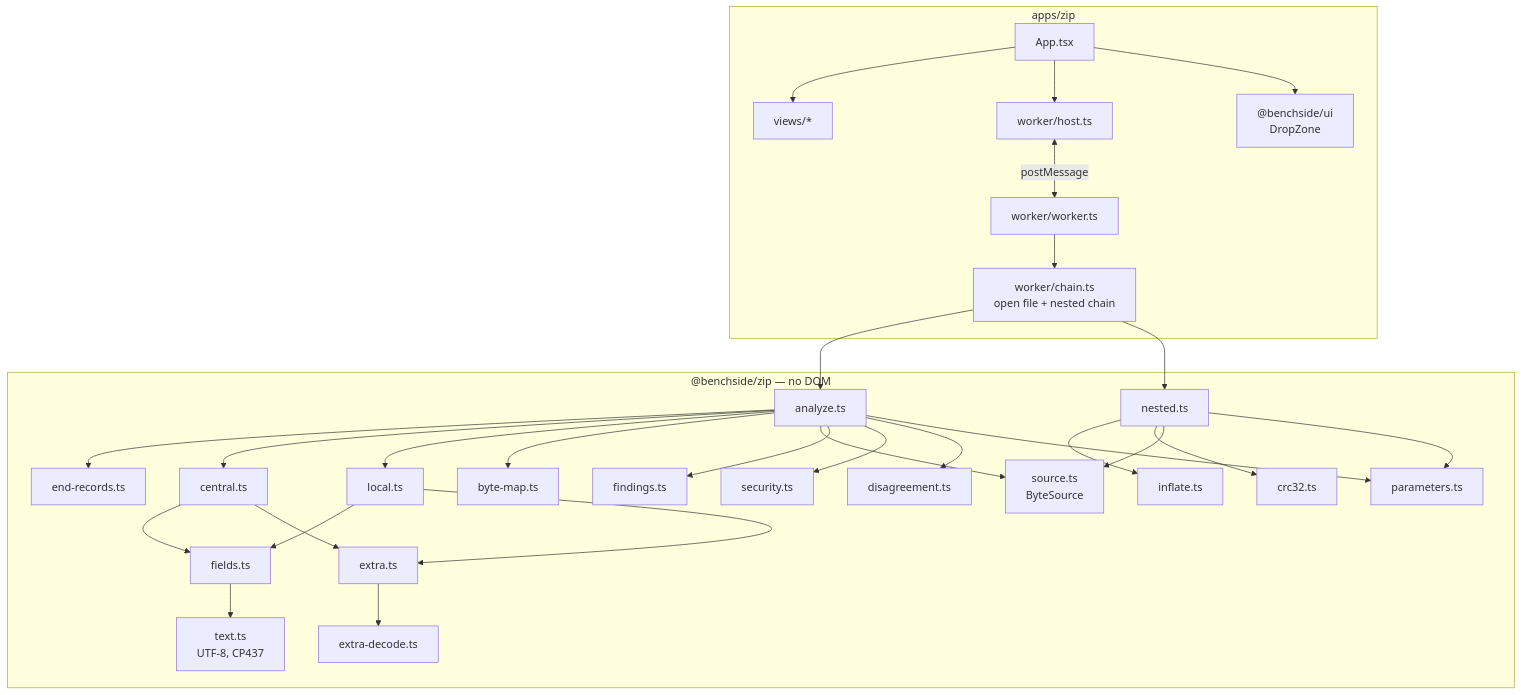
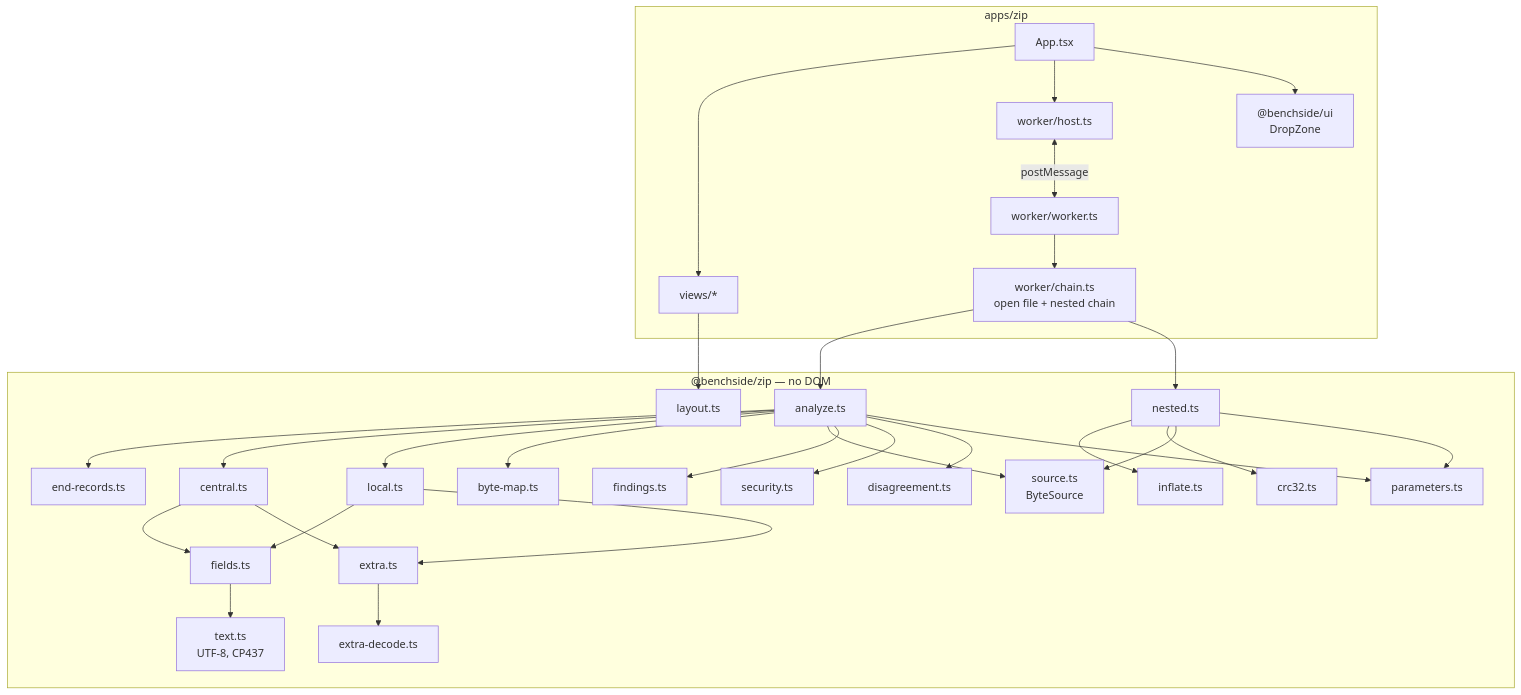
One commit to photom/benchside changed the first of 4 diagrams in docs/explanation/zip-architecture.md. Above: the diagram before and after it, drawn with Mermaid. The commit also changed other lines of this file and 23 other files, not shown here.

````diff
--- a/docs/explanation/zip-architecture.md
+++ b/docs/explanation/zip-architecture.md
@@ -7,29 +7,31 @@
 ```mermaid
 flowchart TD
   subgraph app ["apps/zip"]
     App[App.tsx] --> views[views/*]
     App --> host[worker/host.ts]
     host <-- postMessage --> worker[worker/worker.ts]
     worker --> chain["worker/chain.ts<br/>open file + nested chain"]
     App --> ui["@benchside/ui<br/>DropZone"]
   end
   subgraph pkg ["@benchside/zip — no DOM"]
     analyze[analyze.ts] --> endr[end-records.ts]
     analyze --> central[central.ts]
     analyze --> local[local.ts]
     analyze --> map[byte-map.ts]
     central & local --> fields[fields.ts]
     central & local --> extra[extra.ts]
     extra --> decode[extra-decode.ts]
     fields --> text[text.ts<br/>UTF-8, CP437]
     open[nested.ts] --> inflate[inflate.ts]
     open --> crc[crc32.ts]
     analyze & open --> source[source.ts<br/>ByteSource]
     analyze --> findings[findings.ts]
     analyze --> sec[security.ts]
     analyze --> rd[disagreement.ts]
     analyze & open --> params[parameters.ts]
+    layout[layout.ts]
   end
   chain --> analyze
   chain --> open
+  views --> layout
 ```
````
